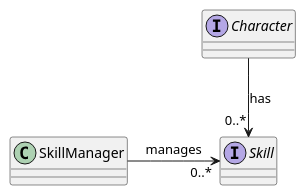
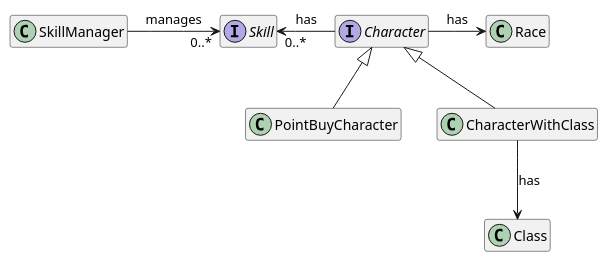
The diagram in FantasyWorldSimulation/docs/design/war/class-diagrams/character.puml (Orchaldir/FantasyWorldSimulation), drawn with PlantUML before and after one commit. The commit also changed 2 other files, not shown here.

Commit message:
#40: Improved class diagrams.

```diff
--- a/FantasyWorldSimulation/docs/design/war/class-diagrams/character.puml
+++ b/FantasyWorldSimulation/docs/design/war/class-diagrams/character.puml
@@ -1,9 +1,17 @@
 @startuml
+hide members
+
 interface Character
 interface Skill
 
-Character --> "0..*" Skill: has
+Character -left-> "0..*" Skill: has
 
 SkillManager -right-> "0..*" Skill: manages
 
+Character <|-- PointBuyCharacter
+Character <|-- CharacterWithClass
+Character -right-> Race: has
+
+CharacterWithClass --> Class: has
+
 @enduml
```
